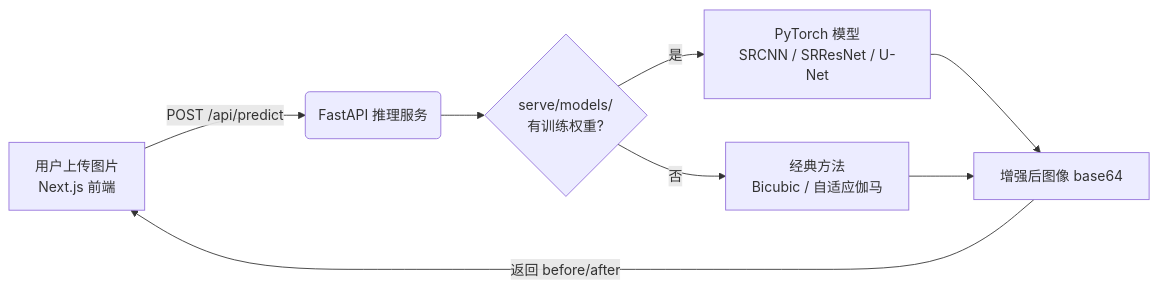
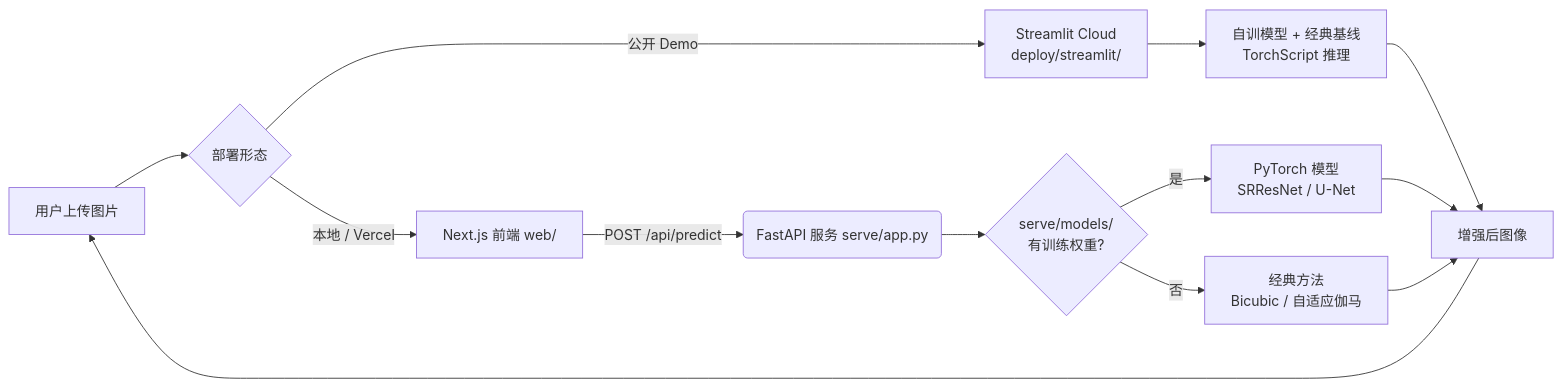
Before and after one commit to ElijahZhao/pixelforge-image-restoration-: the diagram in README.md, drawn with Mermaid. The commit also changed other lines of this file and 13 other files, not shown here.

Commit message:
docs(README): 全面更新展示页——补全公开Demo链接、替换为自训模型演示图、同步部署与待办状态

````diff
--- a/README.md
+++ b/README.md
@@ -130,10 +147,15 @@
 ```mermaid
 flowchart LR
-    A[用户上传图片<br/>Next.js 前端] -->|POST /api/predict| B(FastAPI 推理服务)
-    B --> C{serve/models/<br/>有训练权重?}
-    C -->|是| D[PyTorch 模型<br/>SRCNN / SRResNet / U-Net]
-    C -->|否| E[经典方法<br/>Bicubic / 自适应伽马]
-    D --> F[增强后图像 base64]
-    E --> F
-    F -->|返回 before/after| A
+    A[用户上传图片] --> B{部署形态}
+    B -->|公开 Demo| C[Streamlit Cloud<br/>deploy/streamlit/]
+    B -->|本地 / Vercel| D[Next.js 前端 web/]
+    C --> E[自训模型 + 经典基线<br/>TorchScript 推理]
+    D -->|POST /api/predict| F(FastAPI 服务 serve/app.py)
+    F --> G{serve/models/<br/>有训练权重?}
+    G -->|是| H[PyTorch 模型<br/>SRResNet / U-Net]
+    G -->|否| I[经典方法<br/>Bicubic / 自适应伽马]
+    E --> J[增强后图像]
+    H --> J
+    I --> J
+    J --> A
 ```
````
